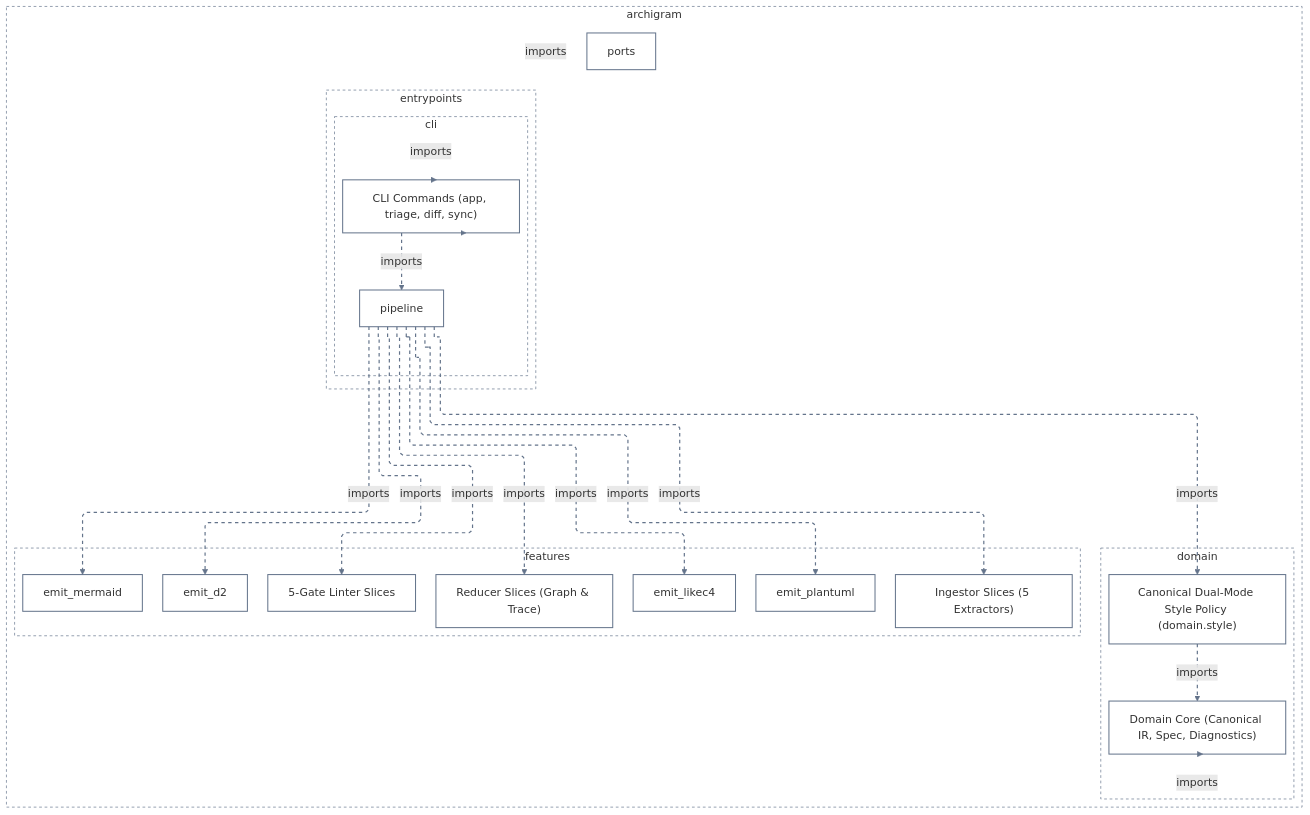
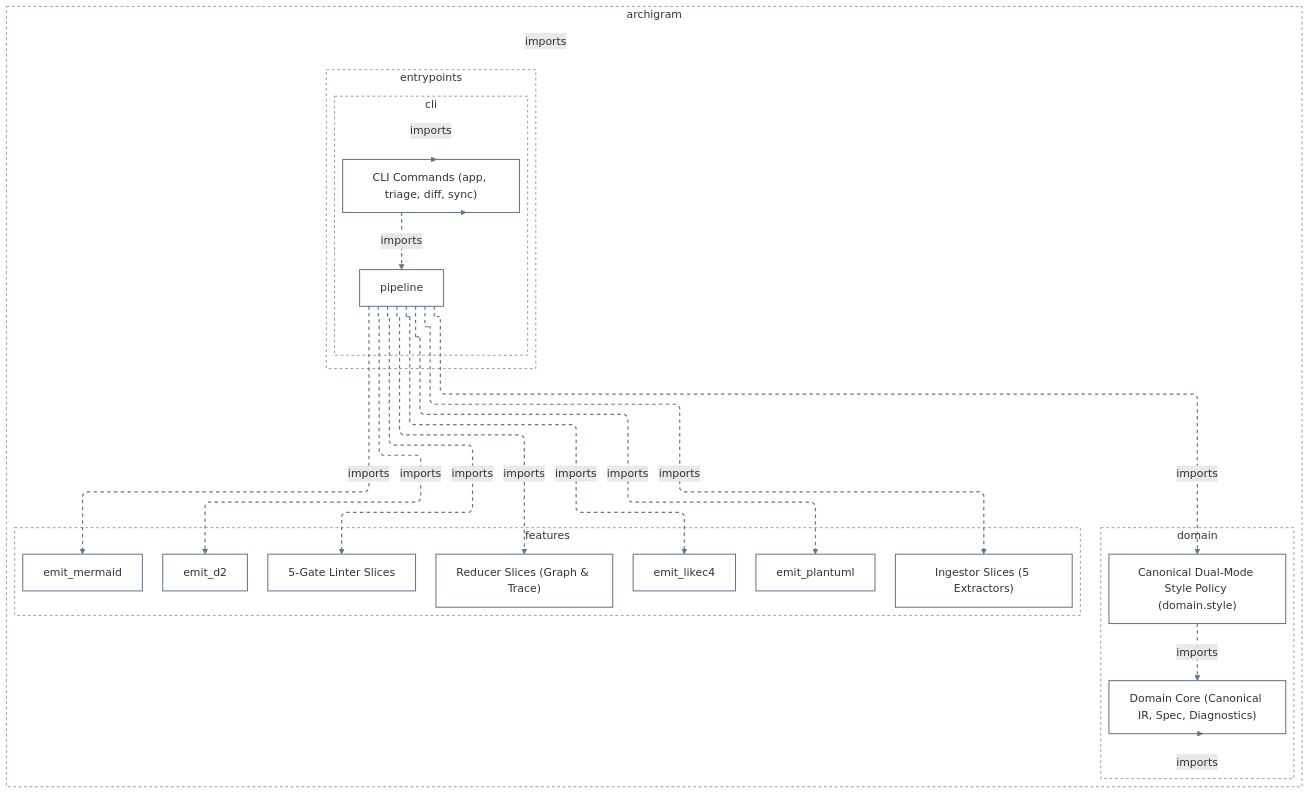
The first of 8 diagrams in docs/architecture/uml-and-curation-showcase.md (klcd/archigram), drawn with Mermaid before and after one commit. The commit also changed other lines of this file and 39 other files, not shown here.

````diff
--- a/docs/architecture/uml-and-curation-showcase.md
+++ b/docs/architecture/uml-and-curation-showcase.md
@@ -83,55 +83,54 @@
 ```mermaid
 ---
 config:
   layout: elk
   elk:
     mergeEdges: false
     nodePlacementStrategy: BRANDES_KOEPF
   flowchart:
     defaultRenderer: elk
     curve: linear
 ---
 flowchart TD
   classDef default fill:transparent,stroke:#64748b,stroke-width:1.5px
   subgraph n0["archigram"]
     subgraph n1["domain"]
-      n12["Domain Core (Canonical IR, Spec, Diagnostics)"]
-      n13["Canonical Dual-Mode Style Policy (domain.style)"]
+      n11["Domain Core (Canonical IR, Spec, Diagnostics)"]
+      n12["Canonical Dual-Mode Style Policy (domain.style)"]
     end
     subgraph n2["entrypoints"]
       subgraph n3["cli"]
         n4["pipeline"]
-        n11["CLI Commands (app, triage, diff, sync)"]
+        n10["CLI Commands (app, triage, diff, sync)"]
       end
     end
     subgraph n5["features"]
       n6["emit_d2"]
       n7["emit_likec4"]
       n8["emit_mermaid"]
       n9["emit_plantuml"]
-      n14["Ingestor Slices (5 Extractors)"]
-      n15["5-Gate Linter Slices"]
-      n16["Reducer Slices (Graph & Trace)"]
+      n13["Ingestor Slices (5 Extractors)"]
+      n14["5-Gate Linter Slices"]
+      n15["Reducer Slices (Graph & Trace)"]
     end
-    n10["ports"]
   end
   style n0 fill:transparent,stroke:#64748b,stroke-width:1px,stroke-dasharray:4 4
   style n1 fill:transparent,stroke:#64748b,stroke-width:1px,stroke-dasharray:4 4
   style n2 fill:transparent,stroke:#64748b,stroke-width:1px,stroke-dasharray:4 4
   style n3 fill:transparent,stroke:#64748b,stroke-width:1px,stroke-dasharray:4 4
   style n5 fill:transparent,stroke:#64748b,stroke-width:1px,stroke-dasharray:4 4
-  n3 -.->|"imports"| n11
-  n11 -.->|"imports"| n0
-  n11 -.->|"imports"| n4
-  n12 -.->|"imports"| n1
+  n3 -.->|"imports"| n10
+  n10 -.->|"imports"| n0
+  n10 -.->|"imports"| n4
+  n11 -.->|"imports"| n1
+  n4 -.->|"imports"| n12
+  n12 -.->|"imports"| n11
   n4 -.->|"imports"| n13
-  n13 -.->|"imports"| n12
   n4 -.->|"imports"| n14
   n4 -.->|"imports"| n15
-  n4 -.->|"imports"| n16
   n4 -.->|"imports"| n6
   n4 -.->|"imports"| n7
   n4 -.->|"imports"| n8
   n4 -.->|"imports"| n9
   linkStyle 0,1,2,3,4,5,6,7,8,9,10,11,12 stroke:#64748b,stroke-width:1.75px,stroke-dasharray:5 5
 ```
````
